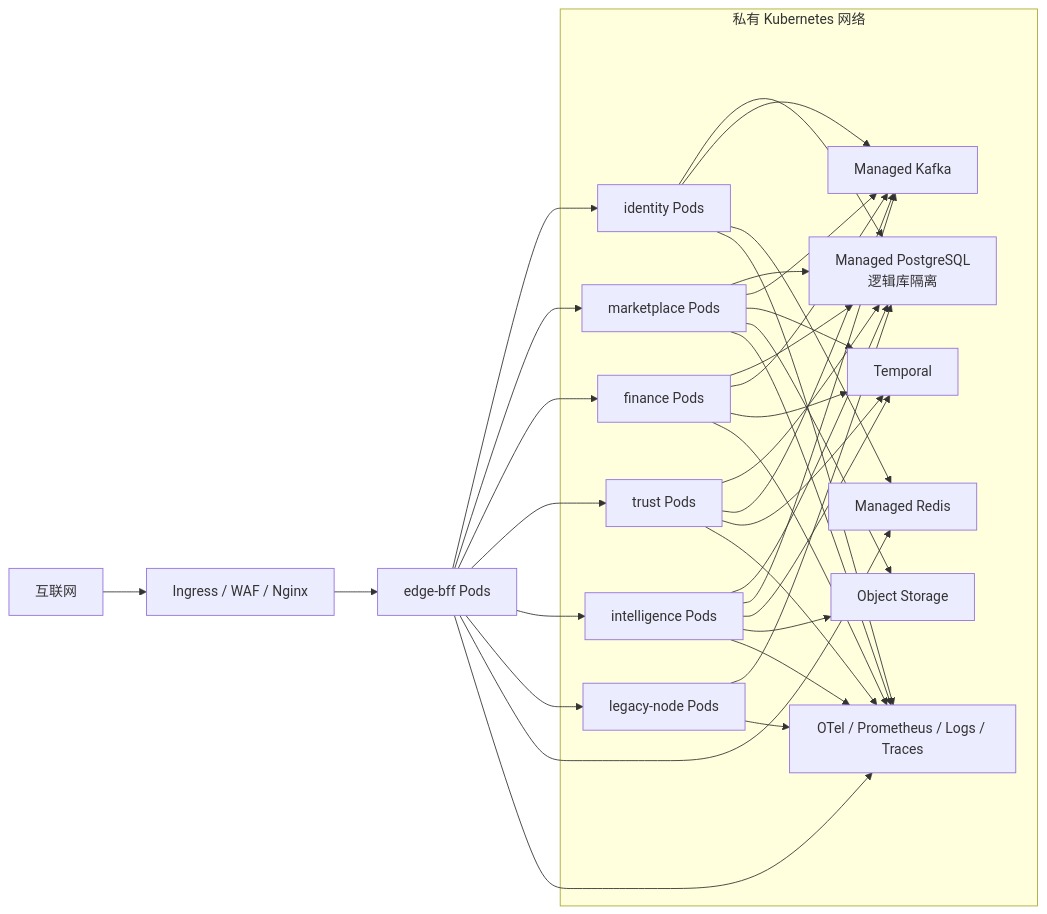
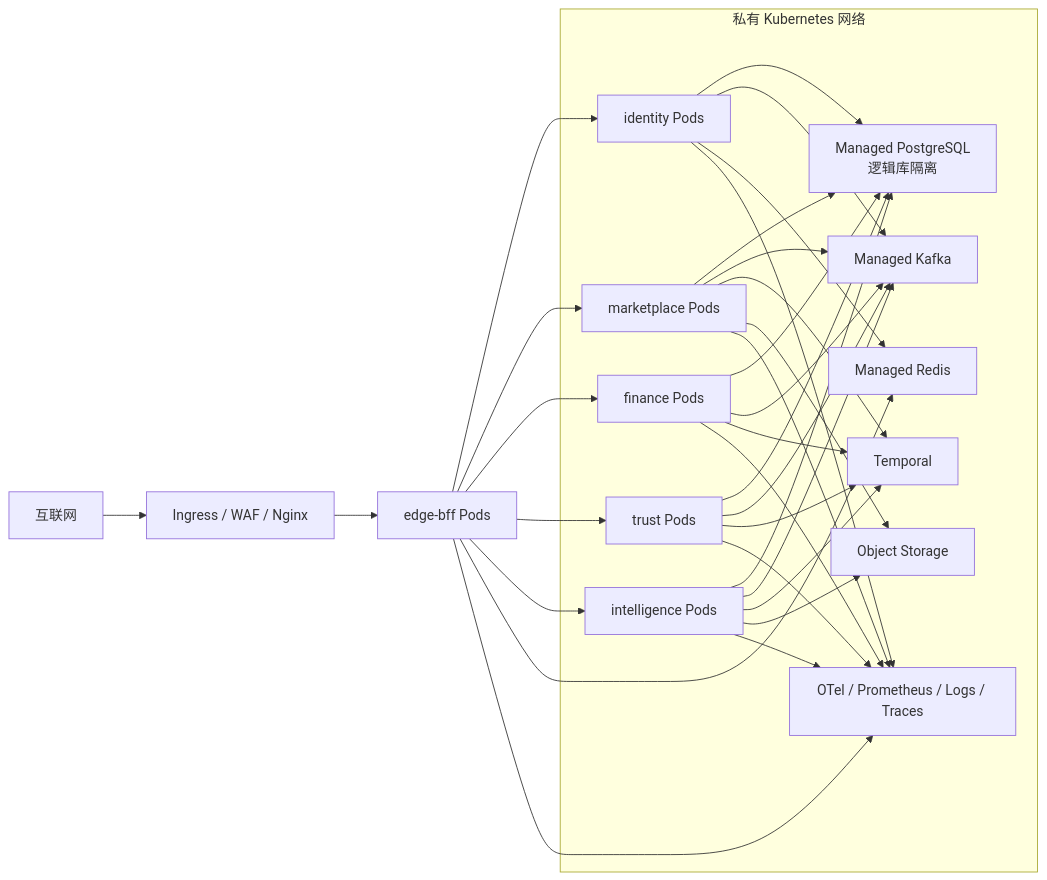
Before and after one commit to LXHeart/y-1: the tenth of 10 diagrams in docs/草场系统技术总体设计（HLD-v0.1）.md, drawn with Mermaid. The commit also changed other lines of this file and 603 other files, not shown here.

````diff
--- a/docs/草场系统技术总体设计（HLD-v0.1）.md
+++ b/docs/草场系统技术总体设计（HLD-v0.1）.md
@@ -878,57 +872,52 @@
 ```mermaid
 flowchart LR
   Internet["互联网"] --> Ingress["Ingress / WAF / Nginx"] --> Edge["edge-bff Pods"]
 
   subgraph Cluster["私有 Kubernetes 网络"]
     Identity["identity Pods"]
     Market["marketplace Pods"]
     Finance["finance Pods"]
     Trust["trust Pods"]
     Intel["intelligence Pods"]
-    Legacy["legacy-node Pods"]
     Kafka["Managed Kafka"]
     PG["Managed PostgreSQL\n逻辑库隔离"]
     Redis["Managed Redis"]
     Temporal["Temporal"]
     S3["Object Storage"]
     OTel["OTel / Prometheus / Logs / Traces"]
   end
 
   Edge --> Identity
   Edge --> Market
   Edge --> Finance
   Edge --> Trust
   Edge --> Intel
-  Edge --> Legacy
-
   Identity --> PG
   Market --> PG
   Finance --> PG
   Trust --> PG
   Intel --> PG
-  Legacy --> PG
 
   Identity --> Kafka
   Market --> Kafka
   Finance --> Kafka
   Trust --> Kafka
   Intel --> Kafka
 
   Market --> Temporal
   Finance --> Temporal
   Trust --> Temporal
   Intel --> Temporal
 
   Edge --> Redis
   Identity --> Redis
   Market --> S3
   Intel --> S3
 
   Edge --> OTel
   Identity --> OTel
   Market --> OTel
   Finance --> OTel
   Trust --> OTel
   Intel --> OTel
-  Legacy --> OTel
 ```
````
